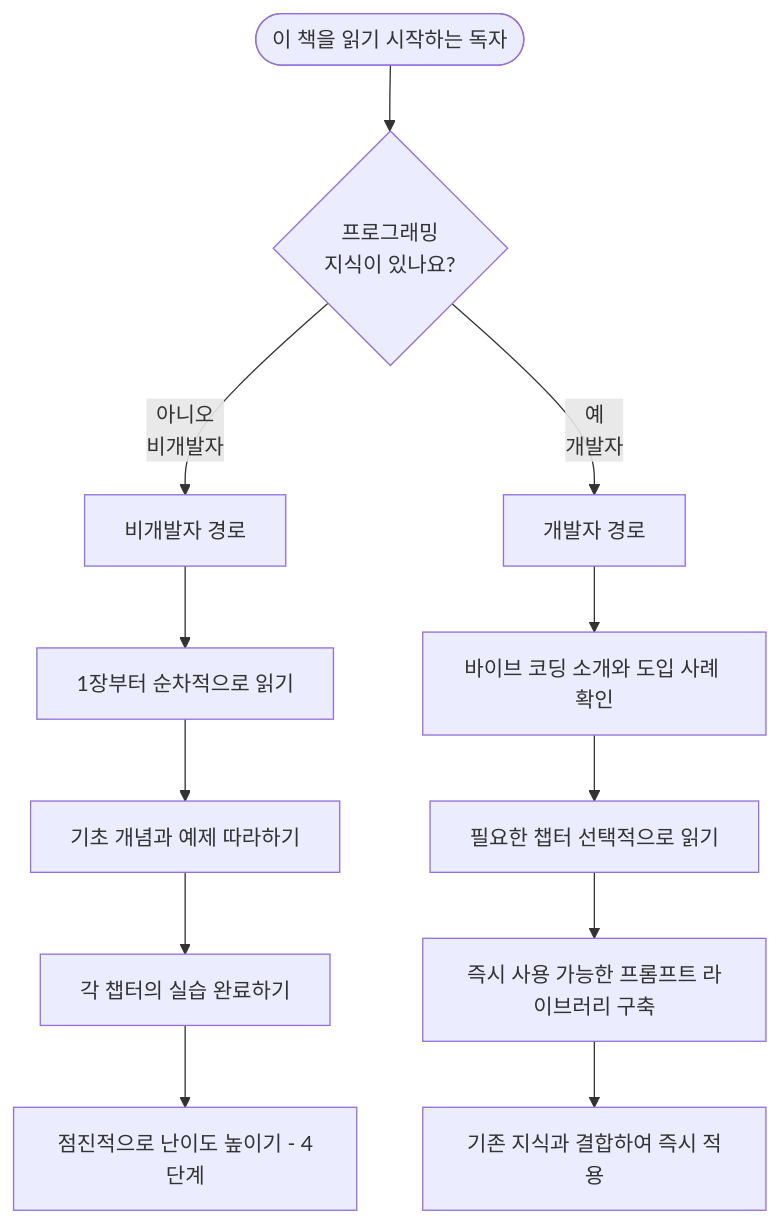
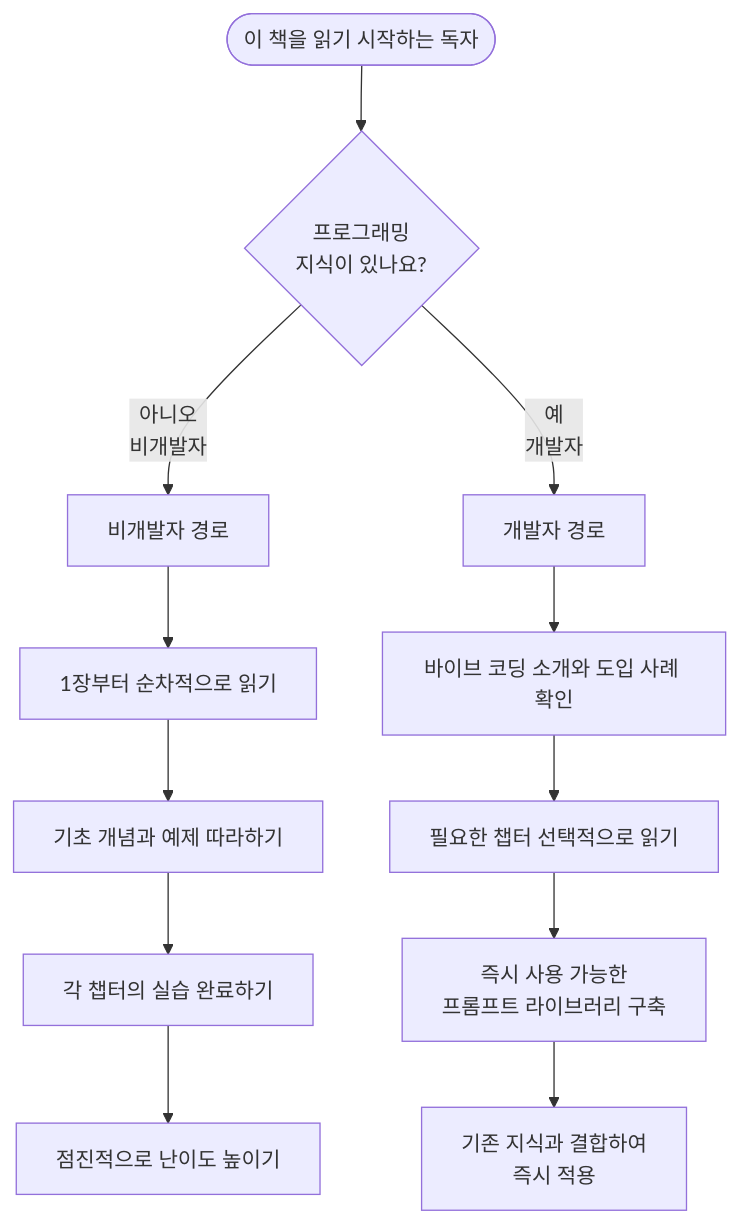
The sixth of 8 diagrams in _md/essentials-vibecoding/chapter01/01-1.md (nugurejeil/weniVooks), drawn with Mermaid before and after one commit. The commit also changed other lines of this file and 3 other files, not shown here.

````diff
--- a/_md/essentials-vibecoding/chapter01/01-1.md
+++ b/_md/essentials-vibecoding/chapter01/01-1.md
@@ -186,17 +187,17 @@
 ```mermaid
 flowchart TD
     Start([이 책을 읽기 시작하는 독자]) --> Question{프로그래밍<br/>지식이 있나요?}
 
     Question -->|아니오<br/>비개발자| NonDev[비개발자 경로]
     Question -->|예<br/>개발자| Dev[개발자 경로]
 
     NonDev --> NonDev1["1장부터 순차적으로 읽기"]
     NonDev1 --> NonDev2["기초 개념과 예제 따라하기"]
     NonDev2 --> NonDev3["각 챕터의 실습 완료하기"]
-    NonDev3 --> NonDev4["점진적으로 난이도 높이기 - 4단계"]
+    NonDev3 --> NonDev4["점진적으로 난이도 높이기"]
 
     Dev --> Dev1["바이브 코딩 소개와 도입 사례 확인"]
     Dev1 --> Dev2["필요한 챕터 선택적으로 읽기"]
-    Dev2 --> Dev3["즉시 사용 가능한 프롬프트 라이브러리 구축"]
-    Dev3 --> Dev4["기존 지식과 결합하여 즉시 적용"]
+    Dev2 --> Dev3["즉시 사용 가능한<br>프롬프트 라이브러리 구축"]
+    Dev3 --> Dev4["기존 지식과 결합하여<br>즉시 적용"]
 ```
````
